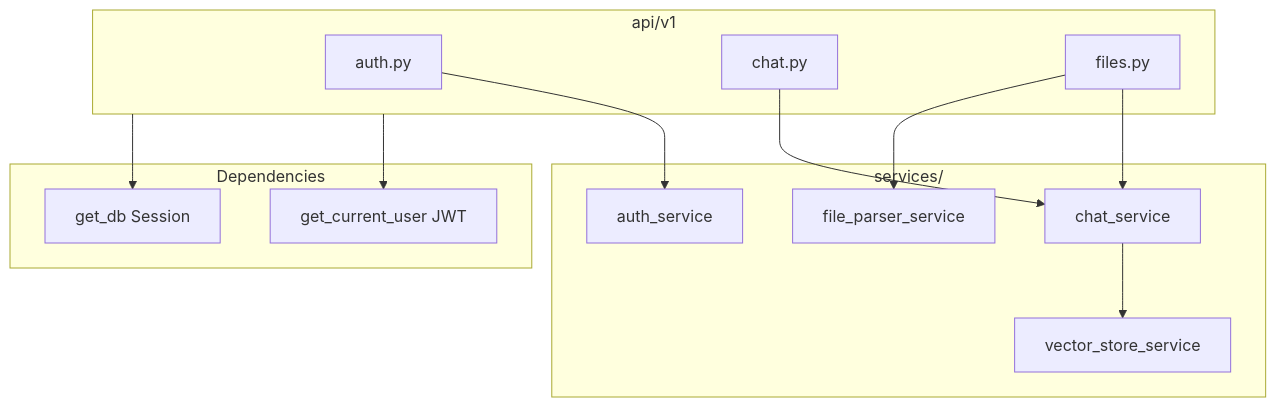
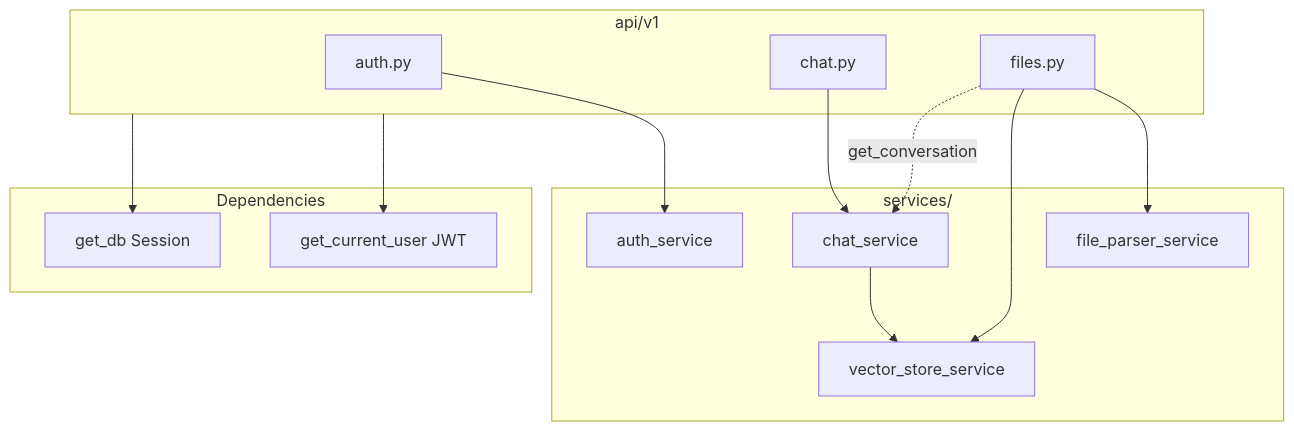
The third of 10 diagrams in docs/02_architecture_diagrams.md (akshatha-22/chatbot-widget), drawn with Mermaid before and after one commit. The commit also changed other lines of this file and 5 other files, not shown here.

Commit message:
Align docs folder with actual codebase (except ARCHITECTURE.md)

````diff
--- a/docs/02_architecture_diagrams.md
+++ b/docs/02_architecture_diagrams.md
@@ -61,28 +61,29 @@
 ```mermaid
 flowchart TB
     subgraph Routes["api/v1"]
         A[auth.py]
         C[chat.py]
         F[files.py]
     end
 
     subgraph Deps["Dependencies"]
         GU[get_current_user JWT]
         DB[get_db Session]
     end
 
     subgraph Services["services/"]
         AS[auth_service]
         CS[chat_service]
         FP[file_parser_service]
         VS[vector_store_service]
     end
 
     A --> AS
     C --> CS
-    F --> CS
     F --> FP
+    F --> VS
+    F -.->|get_conversation| CS
     CS --> VS
     Routes --> GU
     Routes --> DB
 ```
````
